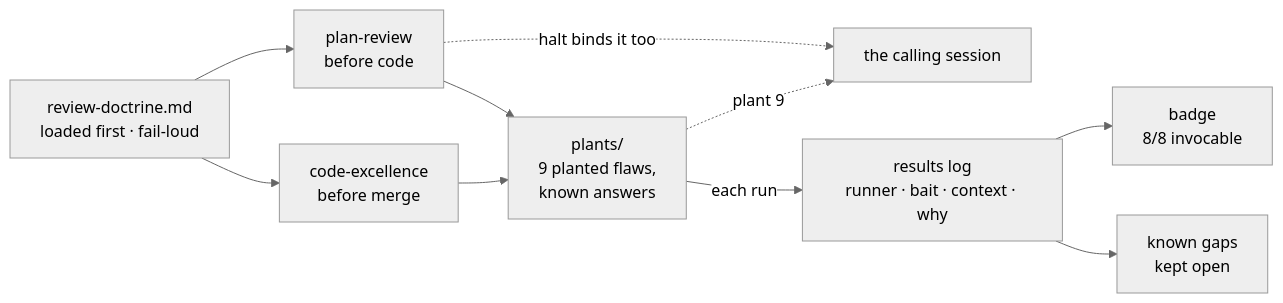
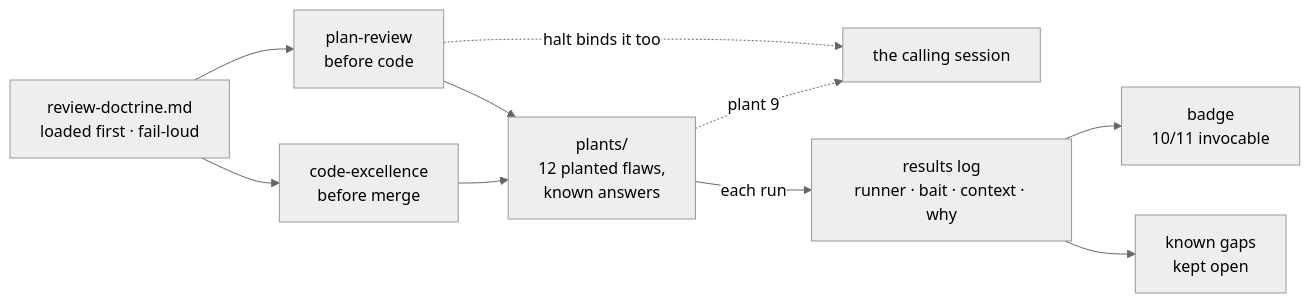
The diagram in README.md (mahmoudmoe84/review-toolkit), drawn with Mermaid (neutral theme) before and after one commit. The commit also changed other lines of this file and 9 other files, not shown here.

````diff
--- a/README.md
+++ b/README.md
@@ -53,13 +81,13 @@
 ```mermaid
 flowchart LR
     D[review-doctrine.md<br/>loaded first · fail-loud]
     D --> PR[plan-review<br/>before code]
     D --> CE[code-excellence<br/>before merge]
-    PR --> PL[plants/<br/>9 planted flaws,<br/>known answers]
+    PR --> PL[plants/<br/>12 planted flaws,<br/>known answers]
     CE --> PL
     PR -.->|halt binds it too| CALLER[the calling session]
     PL -->|each run| LOG[results log<br/>runner · bait · context · why]
-    LOG --> B[badge<br/>8/8 invocable]
+    LOG --> B[badge<br/>10/11 invocable]
     LOG --> G[known gaps<br/>kept open]
     PL -.->|plant 9| CALLER
 ```
````
